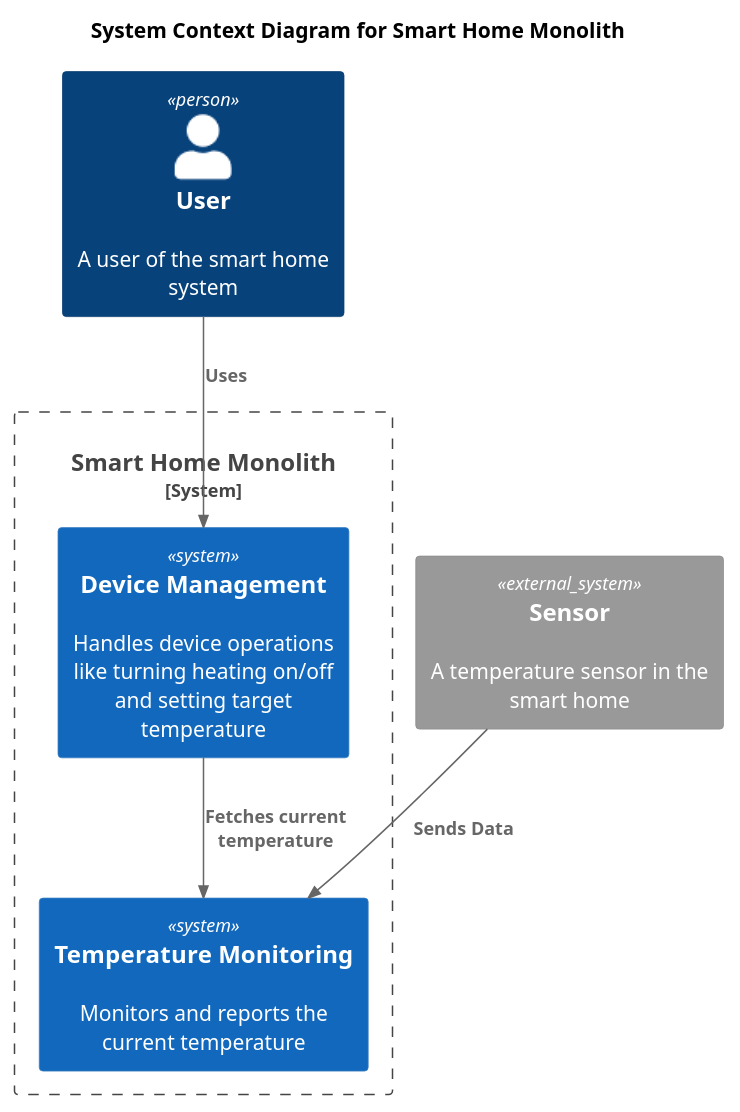
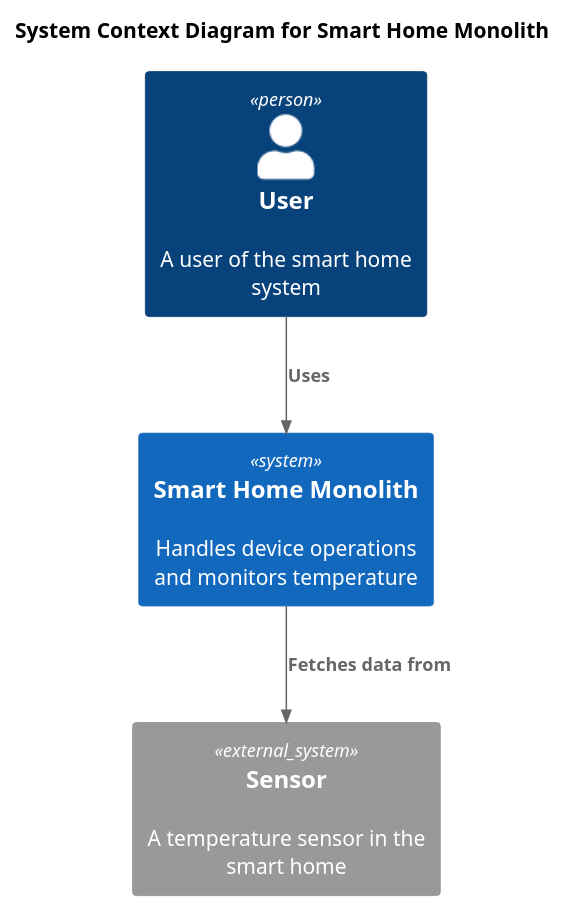
The diagram in C4_Context.puml (am-avraam/architecture-sprint-3), drawn with PlantUML before and after one commit. The commit also changed 9 other files, not shown here.

```diff
--- a/C4_Context.puml
+++ b/C4_Context.puml
@@ -1,18 +1,14 @@
 @startuml
 !include https://raw.githubusercontent.com/plantuml-stdlib/C4-PlantUML/master/C4_Context.puml
 
 title System Context Diagram for Smart Home Monolith
 
 Person(user, "User", "A user of the smart home system")
 System_Ext(sensor, "Sensor", "A temperature sensor in the smart home")
 
-System_Boundary(SmartHomeMonolith, "Smart Home Monolith") {
-    System(deviceManagement, "Device Management", "Handles device operations like turning heating on/off and setting target temperature")
-    System(temperatureMonitoring, "Temperature Monitoring", "Monitors and reports the current temperature")
-}
+System(SmartHomeMonolith, "Smart Home Monolith", "Handles device operations and monitors temperature")
 
-Rel(user, deviceManagement, "Uses")
-Rel(sensor, temperatureMonitoring, "Sends Data")
-Rel(deviceManagement, temperatureMonitoring, "Fetches current temperature")
+Rel(user, SmartHomeMonolith, "Uses")
+Rel(SmartHomeMonolith, sensor, "Fetches data from")
 
 @enduml
```
